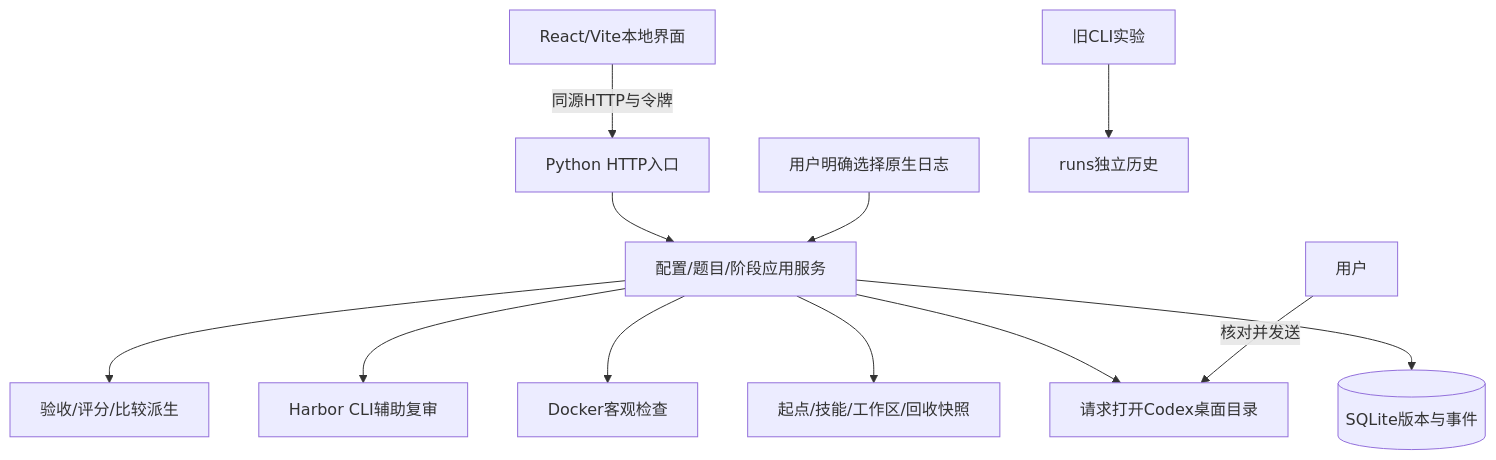
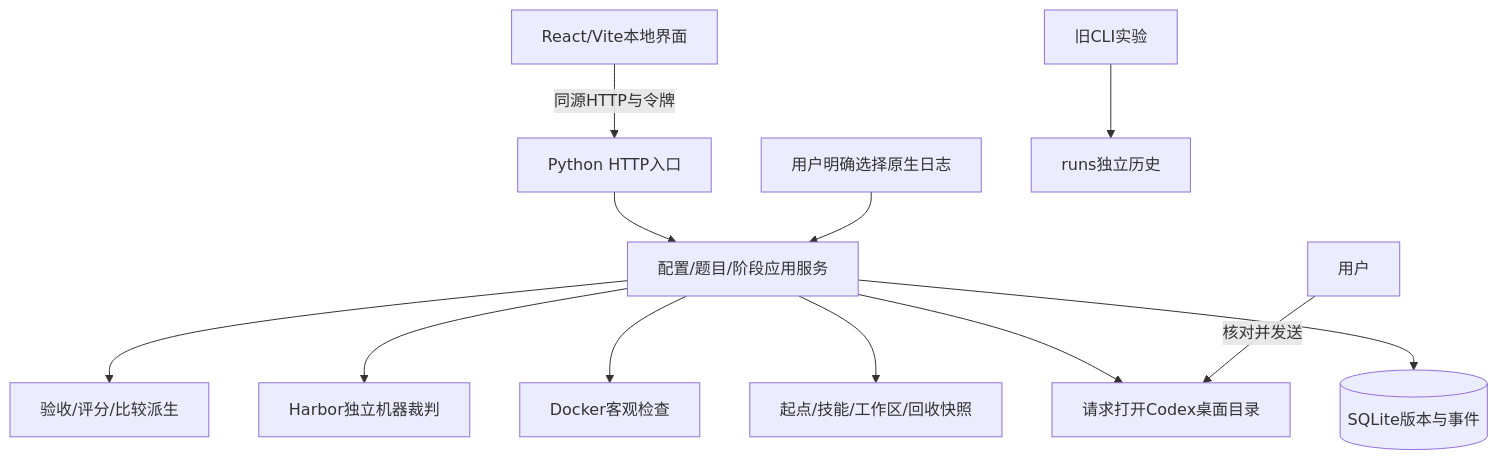
The second of 2 diagrams in docs/PROJECT_SPEC.md (devonsagr/Codex-Harness-Bench), drawn with Mermaid before and after one commit. The commit also changed other lines of this file and 28 other files, not shown here.

````diff
--- a/docs/PROJECT_SPEC.md
+++ b/docs/PROJECT_SPEC.md
@@ -63,14 +63,14 @@
 ```mermaid
 flowchart TB
   UI[React/Vite本地界面] -->|同源HTTP与令牌| HTTP[Python HTTP入口]
   HTTP --> App[配置/题目/阶段应用服务]
   App --> DB[(SQLite版本与事件)]
   App --> FS[起点/技能/工作区/回收快照]
   App --> Desktop[请求打开Codex桌面目录]
   User[用户] -->|核对并发送| Desktop
   App --> Checks[Docker客观检查]
-  App --> Judge[Harbor CLI辅助复审]
+  App --> Judge[Harbor独立机器裁判]
   Trace[用户明确选择原生日志] --> App
   App --> Score[验收/评分/比较派生]
   Legacy[旧CLI实验] --> Old[runs独立历史]
 ```
````
